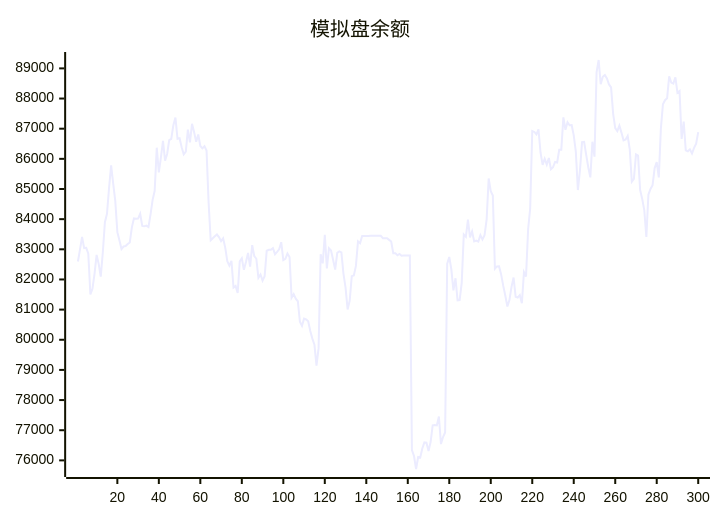
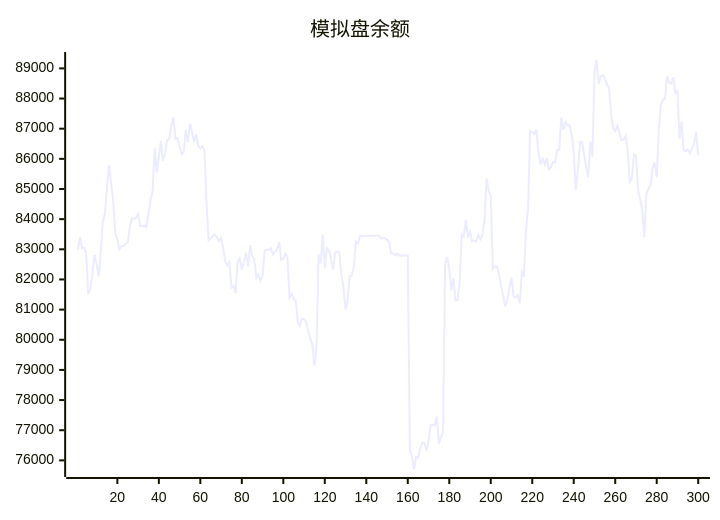
The diagram in README.md (aahl/ai-trading), drawn with Mermaid before and after one commit. The commit also changed other lines of this file and 1 other file, not shown here.

````diff
--- a/README.md
+++ b/README.md
@@ -5,5 +5,5 @@
 ```mermaid
 xychart
     title "模拟盘余额"
-    line [82596,83000,83408,83041,83050,82858,81503,81691,82188,82812,82517,82092,82901,83898,84180,85030,85781,85178,84604,83569,83298,83008,83093,83107,83175,83228,83729,84025,84017,84019,84177,83775,83762,83785,83738,84160,84639,84939,86370,85548,86046,86599,85942,86161,86622,86664,87115,87369,86666,86685,86384,86152,86243,86969,86548,87164,86885,86566,86809,86427,86348,86417,86273,84538,83299,83369,83430,83490,83404,83270,83362,83056,82605,82459,82614,81734,81788,81551,82598,82702,82320,82580,82878,82426,83139,82778,82686,82056,82166,81963,82110,82951,82983,82984,83038,82838,82915,82998,83235,82642,82682,82858,82746,81396,81512,81362,81277,80600,80461,80699,80673,80616,80288,80038,79836,79142,79722,82837,82533,83480,82366,83032,82960,82654,82330,82883,82934,82901,82188,81728,81005,81298,82110,82135,82449,83264,83203,83440,83439,83440,83440,83446,83447,83448,83447,83448,83449,83369,83369,83369,83313,83256,82872,82873,82801,82844,82785,82791,82791,82793,82794,76339,76145,75714,76110,76096,76397,76594,76585,76310,76607,77160,77170,77160,77456,76541,76774,76927,82520,82744,82337,81639,82040,81307,81314,81887,83490,83414,83984,83396,83594,83261,83287,83253,83470,83327,83465,83987,85348,84930,84786,82355,82433,82438,82167,81795,81466,81105,81315,81756,82064,81426,81398,81481,81210,82242,82099,83658,84359,86925,86892,86814,86980,86203,85802,86003,85811,86028,85657,85721,85896,85880,86300,86299,87378,86965,87214,87115,87118,86780,86238,84966,85623,86555,86562,86129,85722,85387,86569,86070,88870,89278,88477,88720,88781,88668,88467,88372,87493,87018,86917,87102,86870,86613,86644,86758,86317,85242,85334,86149,86106,84968,84671,84302,83410,84816,85001,85127,85693,85891,85384,87001,87811,87945,88007,88734,88528,88495,88705,88189,88248,86662,87234,86279,86251,86314,86177,86364,86503,86886]
+    line [83000,83408,83041,83050,82858,81503,81691,82188,82812,82517,82092,82901,83898,84180,85030,85781,85178,84604,83569,83298,83008,83093,83107,83175,83228,83729,84025,84017,84019,84177,83775,83762,83785,83738,84160,84639,84939,86370,85548,86046,86599,85942,86161,86622,86664,87115,87369,86666,86685,86384,86152,86243,86969,86548,87164,86885,86566,86809,86427,86348,86417,86273,84538,83299,83369,83430,83490,83404,83270,83362,83056,82605,82459,82614,81734,81788,81551,82598,82702,82320,82580,82878,82426,83139,82778,82686,82056,82166,81963,82110,82951,82983,82984,83038,82838,82915,82998,83235,82642,82682,82858,82746,81396,81512,81362,81277,80600,80461,80699,80673,80616,80288,80038,79836,79142,79722,82837,82533,83480,82366,83032,82960,82654,82330,82883,82934,82901,82188,81728,81005,81298,82110,82135,82449,83264,83203,83440,83439,83440,83440,83446,83447,83448,83447,83448,83449,83369,83369,83369,83313,83256,82872,82873,82801,82844,82785,82791,82791,82793,82794,76339,76145,75714,76110,76096,76397,76594,76585,76310,76607,77160,77170,77160,77456,76541,76774,76927,82520,82744,82337,81639,82040,81307,81314,81887,83490,83414,83984,83396,83594,83261,83287,83253,83470,83327,83465,83987,85348,84930,84786,82355,82433,82438,82167,81795,81466,81105,81315,81756,82064,81426,81398,81481,81210,82242,82099,83658,84359,86925,86892,86814,86980,86203,85802,86003,85811,86028,85657,85721,85896,85880,86300,86299,87378,86965,87214,87115,87118,86780,86238,84966,85623,86555,86562,86129,85722,85387,86569,86070,88870,89278,88477,88720,88781,88668,88467,88372,87493,87018,86917,87102,86870,86613,86644,86758,86317,85242,85334,86149,86106,84968,84671,84302,83410,84816,85001,85127,85693,85891,85384,87001,87811,87945,88007,88734,88528,88495,88705,88189,88248,86662,87234,86279,86251,86314,86177,86364,86503,86886,86114]
 ```
````
